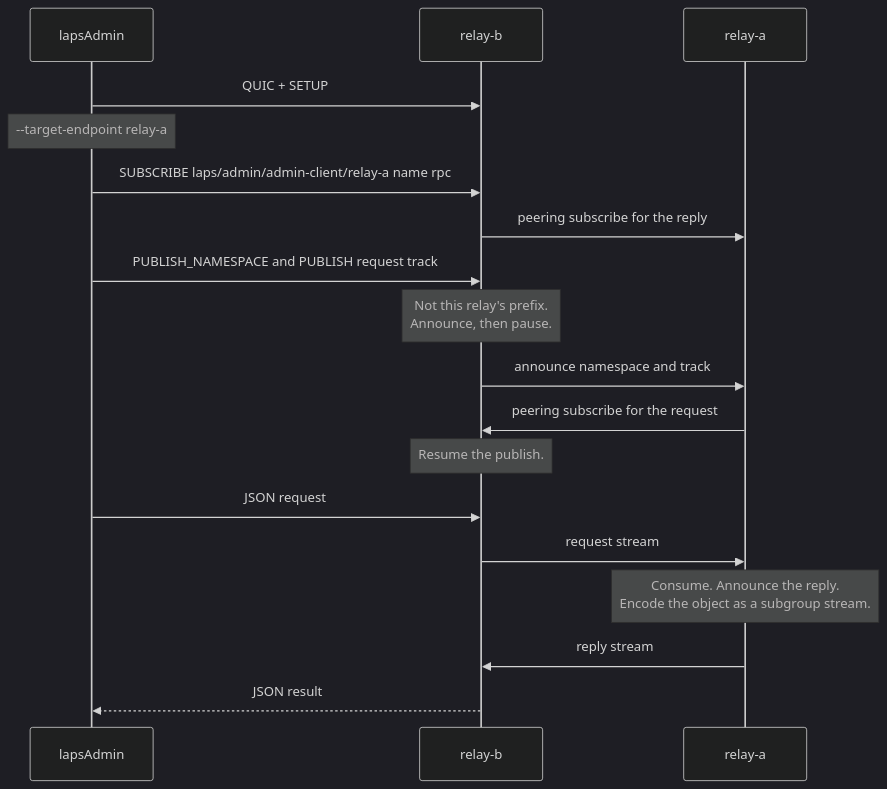
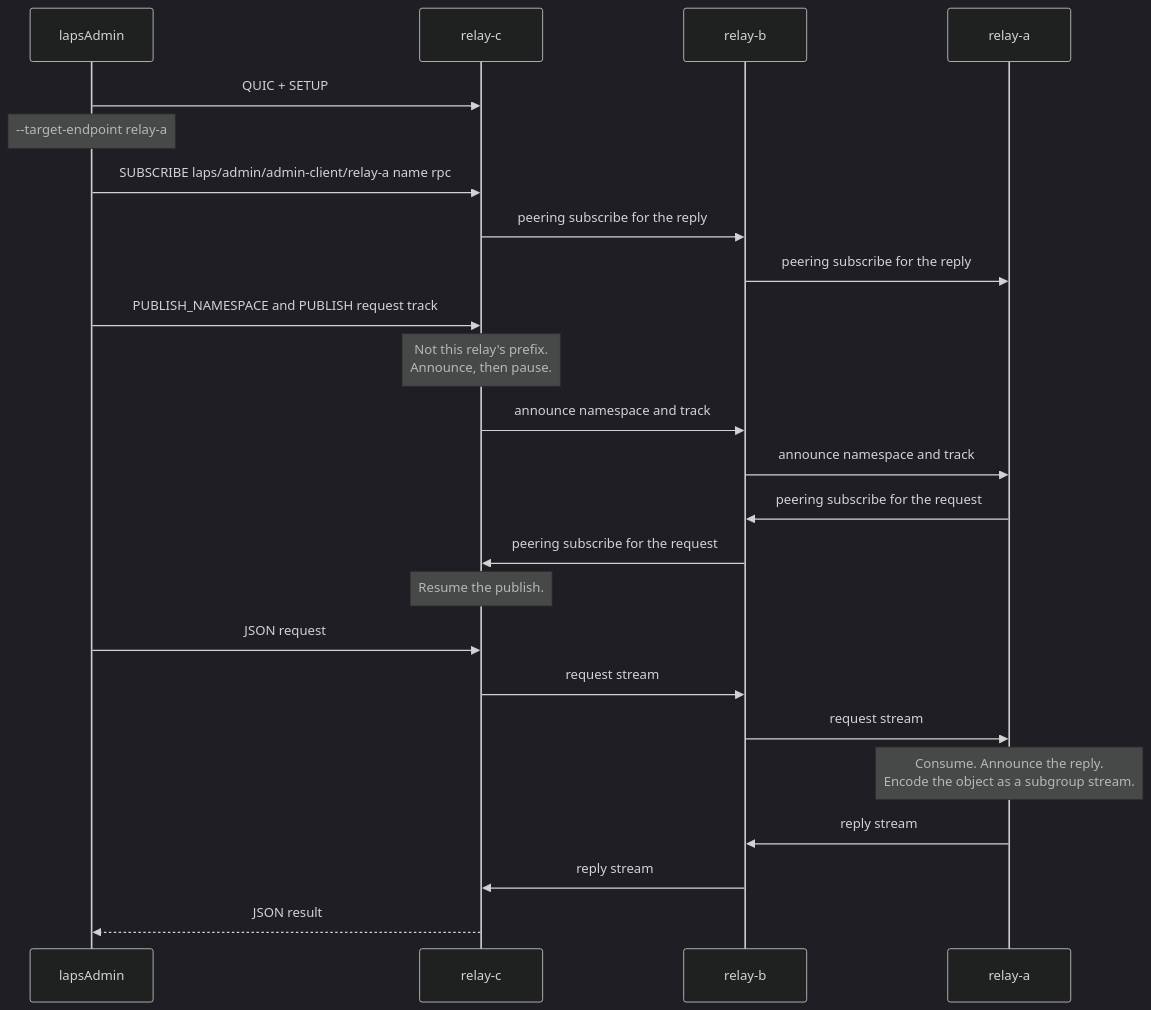
One commit to Quicr/laps changed the second of 2 diagrams in docs/admin-api.md. Above: the diagram before and after it, drawn with Mermaid (dark theme). The commit also changed other lines of this file and 1 other file, not shown here.

````diff
--- a/docs/admin-api.md
+++ b/docs/admin-api.md
@@ -67,21 +69,27 @@
 ```mermaid
 sequenceDiagram
     participant Admin as lapsAdmin
-    participant Ingress as relay-b
+    participant Ingress as relay-c
+    participant Via as relay-b
     participant Target as relay-a
 
     Admin->>Ingress: QUIC + SETUP
     Note over Admin: --target-endpoint relay-a
     Admin->>Ingress: SUBSCRIBE laps/admin/admin-client/relay-a name rpc
-    Ingress->>Target: peering subscribe for the reply
+    Ingress->>Via: peering subscribe for the reply
+    Via->>Target: peering subscribe for the reply
     Admin->>Ingress: PUBLISH_NAMESPACE and PUBLISH request track
     Note over Ingress: Not this relay's prefix.<br/>Announce, then pause.
-    Ingress->>Target: announce namespace and track
-    Target->>Ingress: peering subscribe for the request
+    Ingress->>Via: announce namespace and track
+    Via->>Target: announce namespace and track
+    Target->>Via: peering subscribe for the request
+    Via->>Ingress: peering subscribe for the request
     Note over Ingress: Resume the publish.
     Admin->>Ingress: JSON request
-    Ingress->>Target: request stream
+    Ingress->>Via: request stream
+    Via->>Target: request stream
     Note over Target: Consume. Announce the reply.<br/>Encode the object as a subgroup stream.
-    Target->>Ingress: reply stream
+    Target->>Via: reply stream
+    Via->>Ingress: reply stream
     Ingress-->>Admin: JSON result
 ```
````
